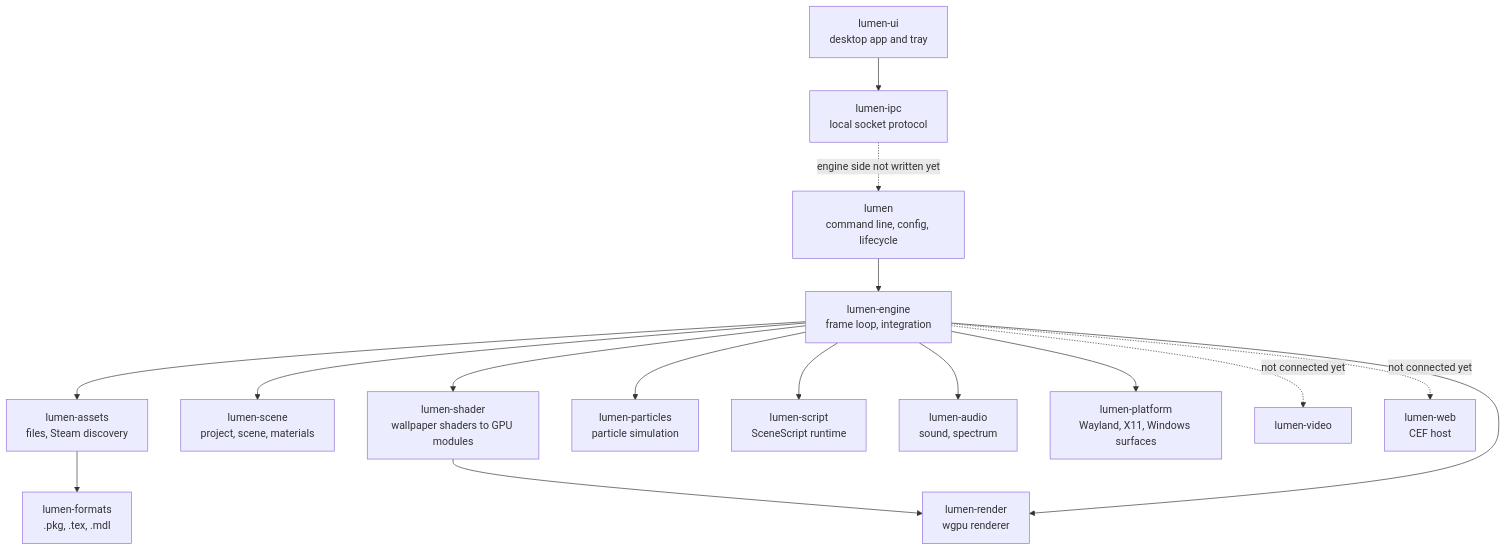
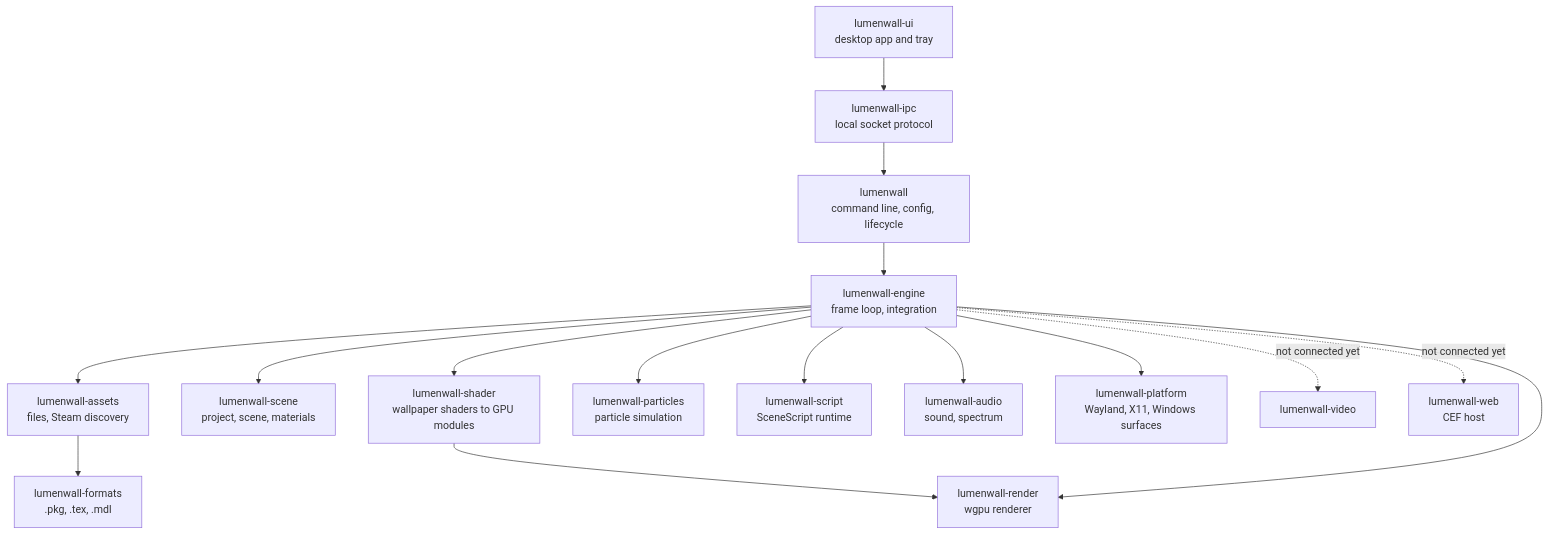
Before and after one commit to simnJS/lumenwall: the diagram in README.md, drawn with Mermaid. The commit also changed other lines of this file and 598 other files, not shown here.

First line of the commit message:
Rename the project to Lumenwall

````diff
--- a/README.md
+++ b/README.md
@@ -197,18 +197,18 @@
 ```mermaid
 flowchart TB
-    ui["lumen-ui<br/>desktop app and tray"] --> ipc["lumen-ipc<br/>local socket protocol"]
-    ipc -. "engine side not written yet" .-> cli["lumen<br/>command line, config, lifecycle"]
-    cli --> engine["lumen-engine<br/>frame loop, integration"]
-    engine --> assets["lumen-assets<br/>files, Steam discovery"]
-    assets --> formats["lumen-formats<br/>.pkg, .tex, .mdl"]
-    engine --> scene["lumen-scene<br/>project, scene, materials"]
-    engine --> shader["lumen-shader<br/>wallpaper shaders to GPU modules"]
-    shader --> render["lumen-render<br/>wgpu renderer"]
+    ui["lumenwall-ui<br/>desktop app and tray"] --> ipc["lumenwall-ipc<br/>local socket protocol"]
+    ipc --> cli["lumenwall<br/>command line, config, lifecycle"]
+    cli --> engine["lumenwall-engine<br/>frame loop, integration"]
+    engine --> assets["lumenwall-assets<br/>files, Steam discovery"]
+    assets --> formats["lumenwall-formats<br/>.pkg, .tex, .mdl"]
+    engine --> scene["lumenwall-scene<br/>project, scene, materials"]
+    engine --> shader["lumenwall-shader<br/>wallpaper shaders to GPU modules"]
+    shader --> render["lumenwall-render<br/>wgpu renderer"]
     engine --> render
-    engine --> particles["lumen-particles<br/>particle simulation"]
-    engine --> script["lumen-script<br/>SceneScript runtime"]
-    engine --> audio["lumen-audio<br/>sound, spectrum"]
-    engine --> platform["lumen-platform<br/>Wayland, X11, Windows surfaces"]
-    engine -. "not connected yet" .-> video["lumen-video"]
-    engine -. "not connected yet" .-> web["lumen-web<br/>CEF host"]
+    engine --> particles["lumenwall-particles<br/>particle simulation"]
+    engine --> script["lumenwall-script<br/>SceneScript runtime"]
+    engine --> audio["lumenwall-audio<br/>sound, spectrum"]
+    engine --> platform["lumenwall-platform<br/>Wayland, X11, Windows surfaces"]
+    engine -. "not connected yet" .-> video["lumenwall-video"]
+    engine -. "not connected yet" .-> web["lumenwall-web<br/>CEF host"]
 ```
````
